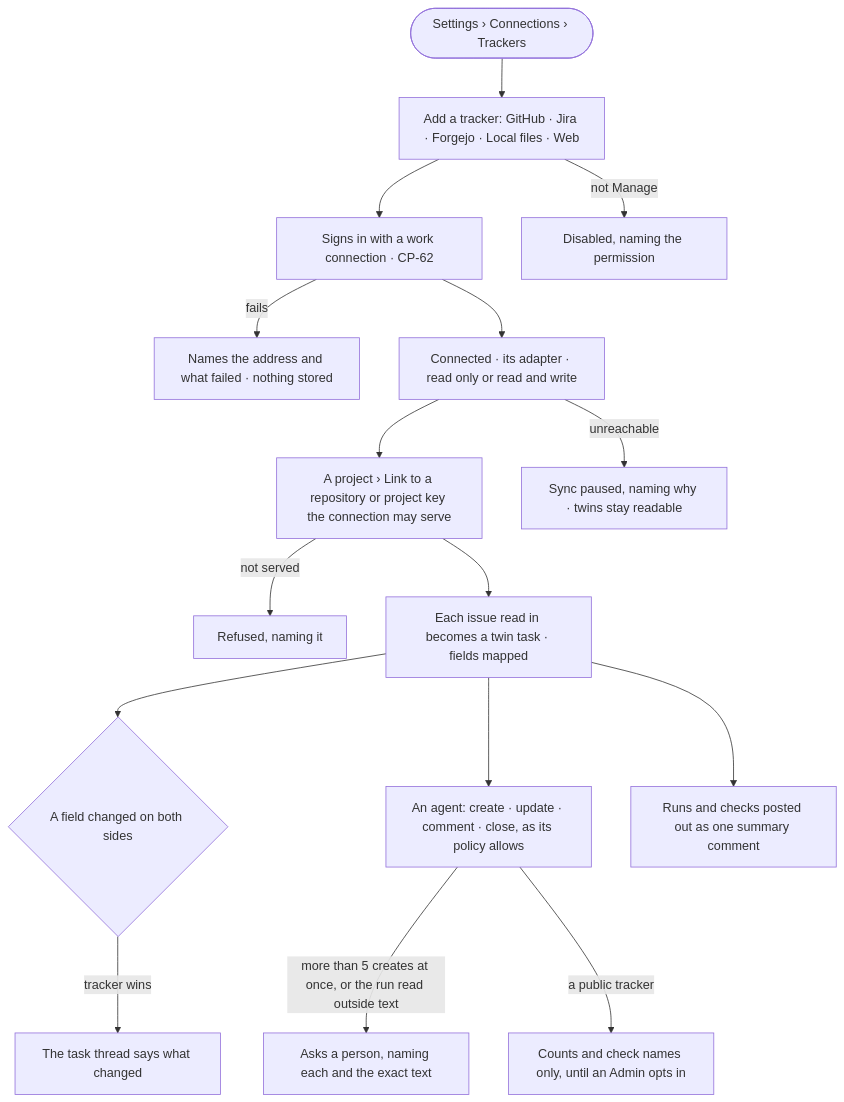
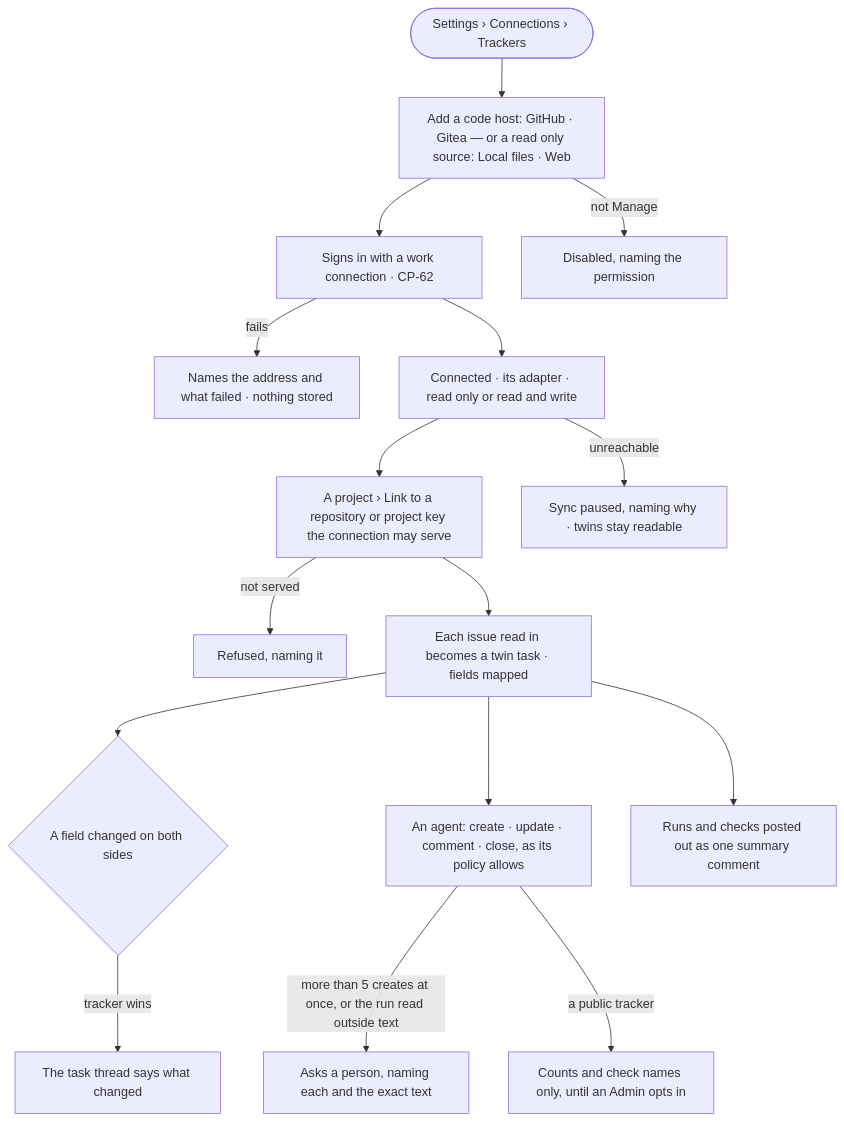
The diagram in specs/os/control/features/CP-F12-issue-trackers/stories/CP-73-connect-an-issue-tracker-and-link-a-project/story.md (invana/invana), drawn with Mermaid before and after one commit. The commit also changed other lines of this file and 24 other files, not shown here.

````diff
--- a/specs/os/control/features/CP-F12-issue-trackers/stories/CP-73-connect-an-issue-tracker-and-link-a-project/story.md
+++ b/specs/os/control/features/CP-F12-issue-trackers/stories/CP-73-connect-an-issue-tracker-and-link-a-project/story.md
@@ -25,18 +25,18 @@
 ```mermaid
 flowchart TD
-  s([Settings › Connections › Trackers]) --> ad["Add a tracker: GitHub · Jira · Forgejo · Local files · Web"]
+  s([Settings › Connections › Trackers]) --> ad["Add a code host: GitHub · Gitea — or a read only source: Local files · Web"]
   ad --> wc["Signs in with a work connection · CP-62"]
   wc -->|fails| af["Names the address and what failed · nothing stored"]
   wc --> ok["Connected · its adapter · read only or read and write"]
   ok --> lk["A project › Link to a repository or project key the connection may serve"]
   lk -->|not served| ns["Refused, naming it"]
   lk --> tw["Each issue read in becomes a twin task · fields mapped"]
   tw --> sy{"A field changed on both sides"}
   sy -->|tracker wins| th["The task thread says what changed"]
   tw --> ag["An agent: create · update · comment · close, as its policy allows"]
   ag -->|more than 5 creates at once, or the run read outside text| ask["Asks a person, naming each and the exact text"]
   ag -->|a public tracker| pb["Counts and check names only, until an Admin opts in"]
   tw --> out["Runs and checks posted out as one summary comment"]
   ok -->|unreachable| dn["Sync paused, naming why · twins stay readable"]
   ad -->|not Manage| na["Disabled, naming the permission"]
 ```
````
